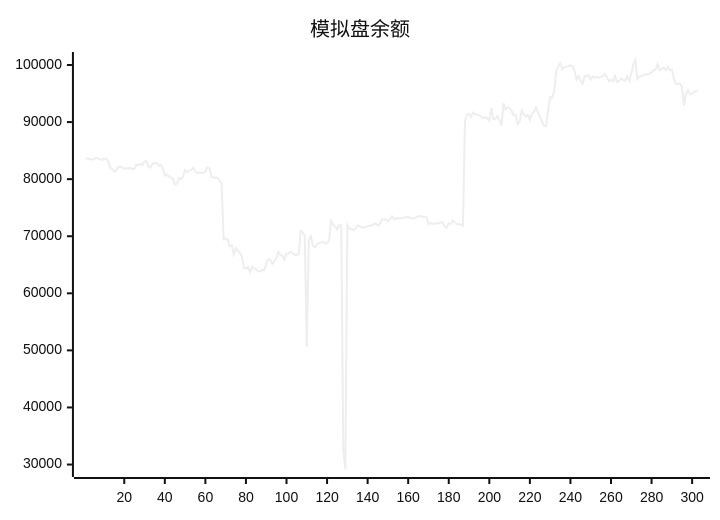
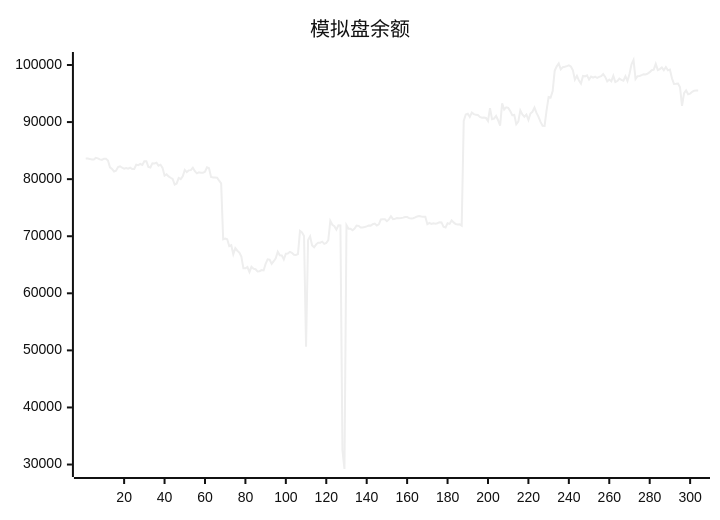
The diagram in README.md (aahl/ai-trading), drawn with Mermaid (neutral theme) before and after one commit. The commit also changed other lines of this file and 1 other file, not shown here.

````diff
--- a/README.md
+++ b/README.md
@@ -5,5 +5,5 @@
 ```mermaid
 xychart
     title "模拟盘余额"
-    line [83606,83602,83548,83440,83454,83724,83644,83464,83365,83590,83592,83275,82072,81806,81344,81492,82109,82254,82006,81848,81955,81829,82022,81769,81776,82522,82441,82656,82498,83144,83144,82150,82038,82797,82763,82872,82367,82536,81981,80612,80862,80484,80242,80034,79063,79245,80226,80016,80507,81625,81233,81544,81578,82016,81401,81019,81186,81130,81118,81306,82066,81909,80392,80304,80291,80258,79729,79261,69466,69579,69456,68251,68415,66832,67911,67462,67144,66432,64380,64375,64606,63740,64647,64324,64216,63842,63877,64078,64008,65156,65945,65888,65157,65625,66144,67284,66653,66639,65924,66925,66956,67263,67108,66766,66729,66886,70927,70673,70049,50652,69334,69973,68400,68061,68578,68876,68879,69055,68662,68822,69329,72687,71999,71760,71162,71911,71896,32500,29218,71927,71297,71305,71044,71337,71883,71822,71536,71536,71622,71723,71880,71860,72100,72216,71887,72077,72940,72976,72966,72638,72948,73497,73004,73041,73173,73160,73186,73258,73375,73351,73173,73098,73161,73305,73474,73536,73457,73413,73412,72100,72333,72164,72272,72204,72285,72461,72421,71652,71521,72267,72157,72774,72424,72144,72060,72091,71858,90185,91338,91466,90900,91678,91404,91268,91244,90903,90779,90787,90721,90187,92429,90518,90619,91070,90328,89376,93286,92202,92581,92485,91947,91196,91259,89619,90086,92063,91355,90950,91327,90373,91498,91800,92531,91603,90910,90031,89351,89334,92097,94406,94315,95455,98972,99763,100286,99229,99622,99701,99805,99938,99738,99082,97430,98094,97267,96741,98081,98013,98194,97447,97983,97789,97969,97729,97911,98043,98405,97912,97120,97448,97154,98095,97021,97190,97616,97402,97263,98035,97210,98424,100120,100876,97552,98049,98085,98228,98388,98342,98488,98750,99086,99181,100188,99107,99272,99553,99072,99636,99061,99186,97674,96679,96704,96743,96096,92830,95088,95560,94866,94995,95295,95497,95531]
+    line [83606,83602,83548,83440,83454,83724,83644,83464,83365,83590,83592,83275,82072,81806,81344,81492,82109,82254,82006,81848,81955,81829,82022,81769,81776,82522,82441,82656,82498,83144,83144,82150,82038,82797,82763,82872,82367,82536,81981,80612,80862,80484,80242,80034,79063,79245,80226,80016,80507,81625,81233,81544,81578,82016,81401,81019,81186,81130,81118,81306,82066,81909,80392,80304,80291,80258,79729,79261,69466,69579,69456,68251,68415,66832,67911,67462,67144,66432,64380,64375,64606,63740,64647,64324,64216,63842,63877,64078,64008,65156,65945,65888,65157,65625,66144,67284,66653,66639,65924,66925,66956,67263,67108,66766,66729,66886,70927,70673,70049,50652,69334,69973,68400,68061,68578,68876,68879,69055,68662,68822,69329,72687,71999,71760,71162,71911,71896,32500,29218,71927,71297,71305,71044,71337,71883,71822,71536,71536,71622,71723,71880,71860,72100,72216,71887,72077,72940,72976,72966,72638,72948,73497,73004,73041,73173,73160,73186,73258,73375,73351,73173,73098,73161,73305,73474,73536,73457,73413,73412,72100,72333,72164,72272,72204,72285,72461,72421,71652,71521,72267,72157,72774,72424,72144,72060,72091,71858,90185,91338,91466,90900,91678,91404,91268,91244,90903,90779,90787,90721,90187,92429,90518,90619,91070,90328,89376,93286,92202,92581,92485,91947,91196,91259,89619,90086,92063,91355,90950,91327,90373,91498,91800,92531,91603,90910,90031,89351,89334,92097,94406,94315,95455,98972,99763,100286,99229,99622,99701,99805,99938,99738,99082,97430,98094,97267,96741,98081,98013,98194,97447,97983,97789,97969,97729,97911,98043,98405,97912,97120,97448,97154,98095,97021,97190,97616,97402,97263,98035,97210,98424,100120,100876,97552,98049,98085,98228,98388,98342,98488,98750,99086,99181,100188,99107,99272,99553,99072,99636,99061,99186,97674,96679,96704,96743,96096,92830,95088,95560,94866,94995,95295,95497,95531,95527]
 ```
````
